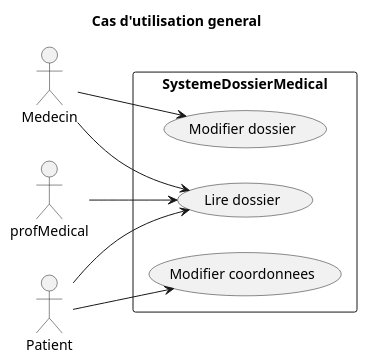
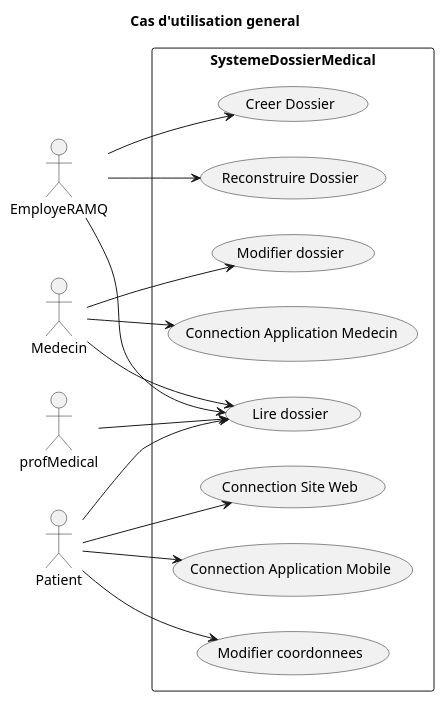
The diagram in casUtilisationGeneral.puml (vbrayuqam/projet-genielog), drawn with PlantUML before and after one commit. The commit also changed 7 other files, not shown here.

Commit message:
rajout autre diagrammes Sequences

```diff
--- a/casUtilisationGeneral.puml
+++ b/casUtilisationGeneral.puml
@@ -1,23 +1,37 @@
 @startuml casUtilisationGeneral
 
 title Cas d'utilisation general
 
 left to right direction
+actor EmployeRAMQ as RAMQ
 actor "Medecin" as m
 actor Patient as p
 actor profMedical as pm
 rectangle SystemeDossierMedical {
   usecase "Lire dossier" as UC1
   usecase "Modifier coordonnees" as UC2
   usecase "Modifier dossier" as UC3
+  usecase "Creer Dossier" as UC4
+  usecase "Reconstruire Dossier" as UC5
+  usecase "Connection Application Mobile" as UC6
+  usecase "Connection Application Medecin" as UC7
+  usecase "Connection Site Web" as UC8
+
 }
 m --> UC1
 m --> UC3
+m --> UC7
 
 p --> UC1
 p --> UC2
+p --> UC8
+p --> UC6
 
 pm --> UC1
 
+RAMQ--> UC1
+RAMQ --> UC4
+RAMQ --> UC5
+
 
 @enduml
```
